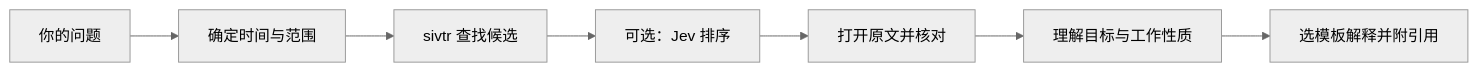
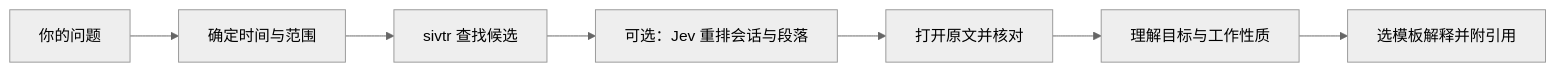
Before and after one commit to JamieJustTang/explain-everything-to-me: the diagram in README.md, drawn with Mermaid (neutral theme). The commit also changed other lines of this file, not shown here.

Commit message:
docs: recommend optional RAG and Jev stack

````diff
--- a/README.md
+++ b/README.md
@@ -39,9 +39,9 @@
 ```mermaid
 flowchart LR
     A[你的问题] --> B[确定时间与范围]
     B --> C[sivtr 查找候选]
-    C --> D[可选：Jev 排序]
+    C --> D[可选：Jev 重排会话与段落]
     D --> E[打开原文并核对]
     E --> F[理解目标与工作性质]
     F --> G[选模板解释并附引用]
 ```
````
